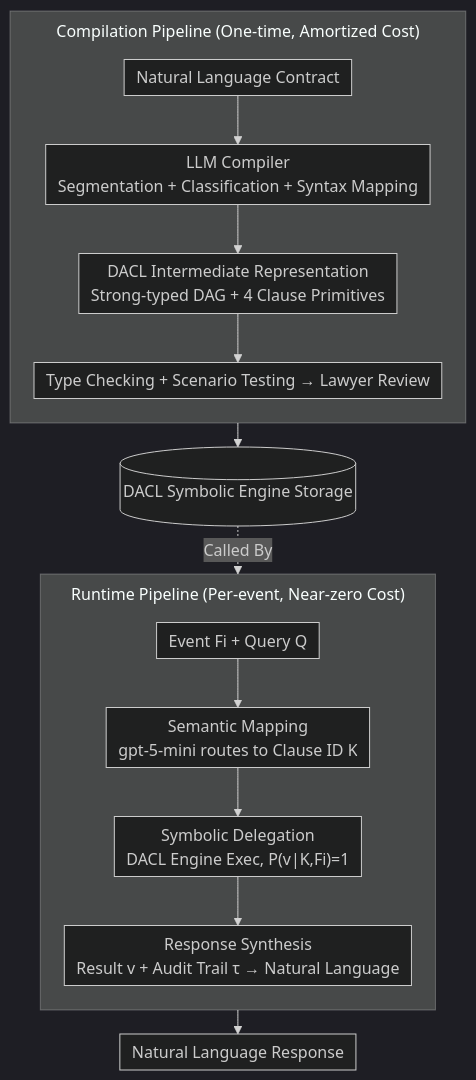
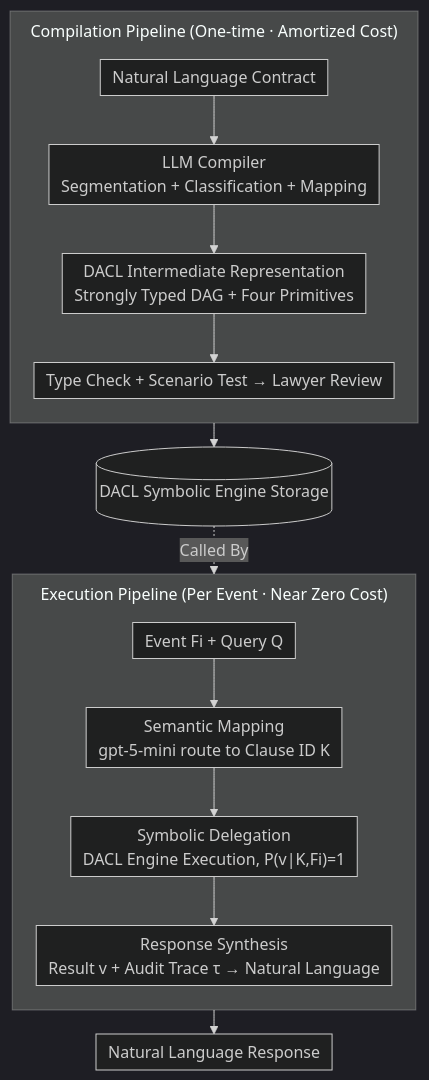
The diagram in docs/ACL2026/llm_reasoning/accurate_legal_reasoning_at_scale_neuro-symbolic_offloading_and_structural_audit.md (zhaoyang97/Paper-Notes-en), drawn with Mermaid (dark theme) before and after one commit. The commit also changed other lines of this file and 5084 other files, not shown here.

````diff
--- a/docs/ACL2026/llm_reasoning/accurate_legal_reasoning_at_scale_neuro-symbolic_offloading_and_structural_audit.md
+++ b/docs/ACL2026/llm_reasoning/accurate_legal_reasoning_at_scale_neuro-symbolic_offloading_and_structural_audit.md
@@ -43,19 +43,19 @@
 ```mermaid
 %%{init: {'flowchart': {'rankSpacing': 24, 'nodeSpacing': 28, 'padding': 6, 'wrappingWidth': 400, 'subGraphTitleMargin': {'top': 8, 'bottom': 16}}}}%%
 flowchart TD
-    subgraph COMPILE["Compilation Pipeline (One-time, Amortized Cost)"]
+    subgraph COMPILE["Compilation Pipeline (One-time · Amortized Cost)"]
         direction TB
-        A["Natural Language Contract"] --> B["LLM Compiler<br/>Segmentation + Classification + Syntax Mapping"]
-        B --> C["DACL Intermediate Representation<br/>Strong-typed DAG + 4 Clause Primitives"]
-        C --> D["Type Checking + Scenario Testing → Lawyer Review"]
+        A["Natural Language Contract"] --> B["LLM Compiler<br/>Segmentation + Classification + Mapping"]
+        B --> C["DACL Intermediate Representation<br/>Strongly Typed DAG + Four Primitives"]
+        C --> D["Type Check + Scenario Test → Lawyer Review"]
     end
     D --> E[("DACL Symbolic Engine Storage")]
-    subgraph RUN["Runtime Pipeline (Per-event, Near-zero Cost)"]
+    subgraph RUN["Execution Pipeline (Per Event · Near Zero Cost)"]
         direction TB
-        F["Event Fi + Query Q"] --> G["Semantic Mapping<br/>gpt-5-mini routes to Clause ID K"]
-        G --> H["Symbolic Delegation<br/>DACL Engine Exec, P(v|K,Fi)=1"]
-        H --> I["Response Synthesis<br/>Result v + Audit Trail τ → Natural Language"]
+        F["Event Fi + Query Q"] --> G["Semantic Mapping<br/>gpt-5-mini route to Clause ID K"]
+        G --> H["Symbolic Delegation<br/>DACL Engine Execution, P(v|K,Fi)=1"]
+        H --> I["Response Synthesis<br/>Result v + Audit Trace τ → Natural Language"]
     end
     E -.Called By.-> H
     I --> J["Natural Language Response"]
 ```
````
